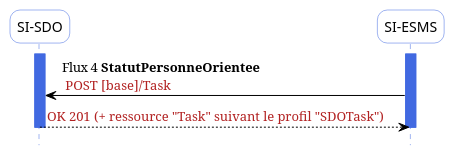
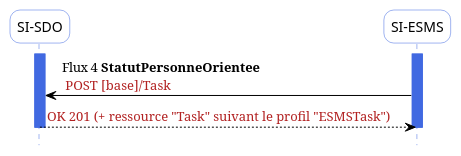
The diagram in input/images-source/flux4.plantuml (ansforge/IG-fhir-medicosocial-suivi-decisions-orientation), drawn with PlantUML before and after one commit. The commit also changed 23 other files, not shown here.

First line of the commit message:
ANS-006-156 - Séparation des modèles SDO et ESMS (#346)

```diff
--- a/input/images-source/flux4.plantuml
+++ b/input/images-source/flux4.plantuml
@@ -1,30 +1,30 @@
 @startuml flux4
 hide footbox
 
 skinparam sequence {
  arrowColor black
  ParticipantBorderColor RoyalBlue
  ParticipantBackgroundColor white
  LifeLineBorderColor RoyalBlue
  LifeLineBackgroundColor RoyalBlue
  ParticipantFontSize 14
  ParticipantFontName arial
  ParticipantPadding 20
 }
 skinparam  roundcorner 20
 
 
 participant "SI-SDO" as SDO
 participant "SI-ESMS" as ESMS
 activate SDO
 activate ESMS
 
 
 ESMS-[#black]> SDO: Flux 4 **StatutPersonneOrientee** \n <color #FireBrick>POST [base]/Task</color>
-SDO-[#black]-> ESMS: <color #FireBrick>OK 201 (+ ressource "Task"  suivant le profil "SDOTask")</color>
+SDO-[#black]-> ESMS: <color #FireBrick>OK 201 (+ ressource "Task"  suivant le profil "ESMSTask")</color>
 
 
 
 deactivate SDO
 deactivate ESMS
 @enduml
```
